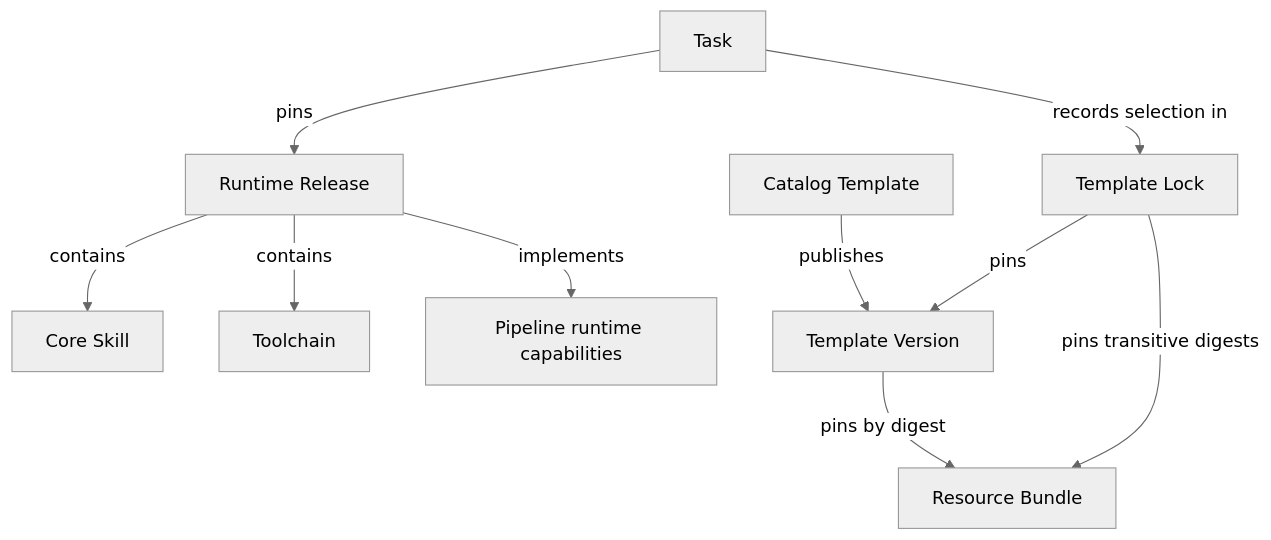
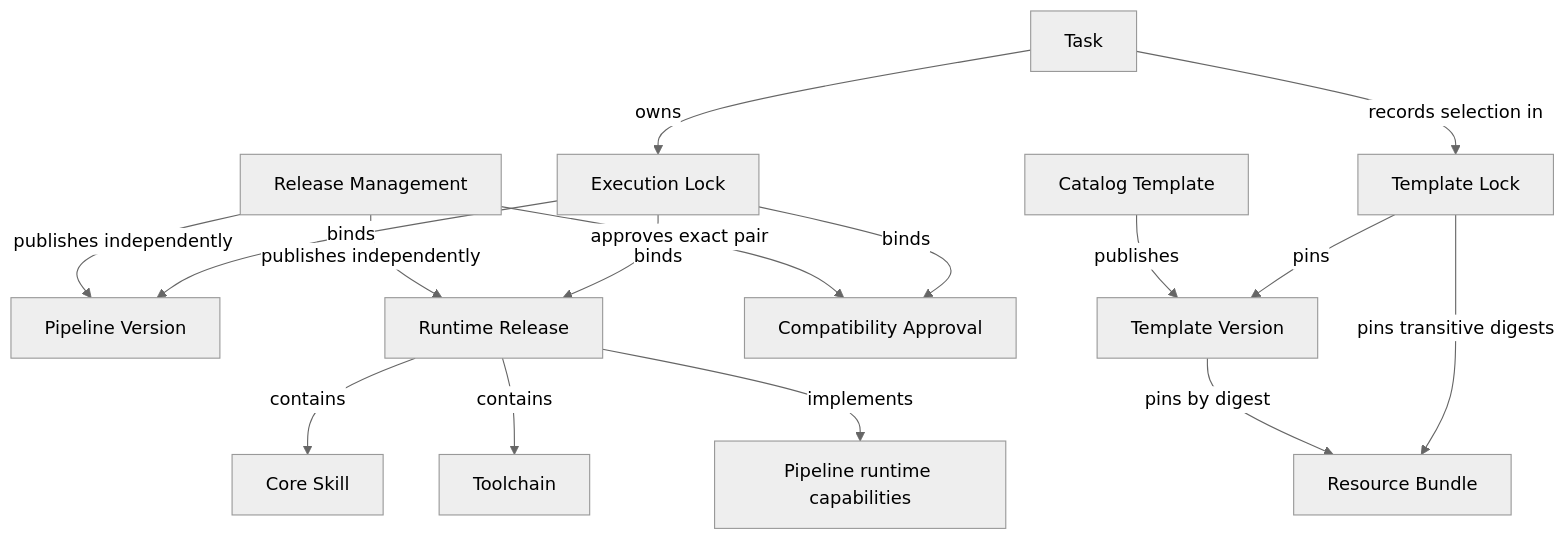
One commit to Vt00ls/SlideSmith changed the sixth of 6 diagrams in docs/architecture/enterprise-domain-model.md. Above: the diagram before and after it, drawn with Mermaid (neutral theme). The commit also changed other lines of this file and 7 other files, not shown here.

Commit message:
docs: define runtime and pipeline release contracts

````diff
--- a/docs/architecture/enterprise-domain-model.md
+++ b/docs/architecture/enterprise-domain-model.md
@@ -130,12 +138,18 @@
 ```mermaid
 flowchart TD
-    Task -->|pins| RuntimeRelease[Runtime Release]
+    ReleaseManagement[Release Management] -->|publishes independently| PipelineVersion[Pipeline Version]
+    ReleaseManagement -->|publishes independently| RuntimeRelease[Runtime Release]
+    ReleaseManagement -->|approves exact pair| CompatibilityApproval[Compatibility Approval]
+    Task -->|owns| ExecutionLock[Execution Lock]
+    ExecutionLock -->|binds| PipelineVersion
+    ExecutionLock -->|binds| RuntimeRelease
+    ExecutionLock -->|binds| CompatibilityApproval
     RuntimeRelease -->|contains| CoreSkill[Core Skill]
     RuntimeRelease -->|contains| Toolchain
     RuntimeRelease -->|implements| RuntimeCapability[Pipeline runtime capabilities]
     CatalogTemplate[Catalog Template] -->|publishes| TemplateVersion[Template Version]
     TemplateVersion -->|pins by digest| ResourceBundle[Resource Bundle]
     Task -->|records selection in| TemplateLock[Template Lock]
     TemplateLock -->|pins| TemplateVersion
     TemplateLock -->|pins transitive digests| ResourceBundle
 ```
````
